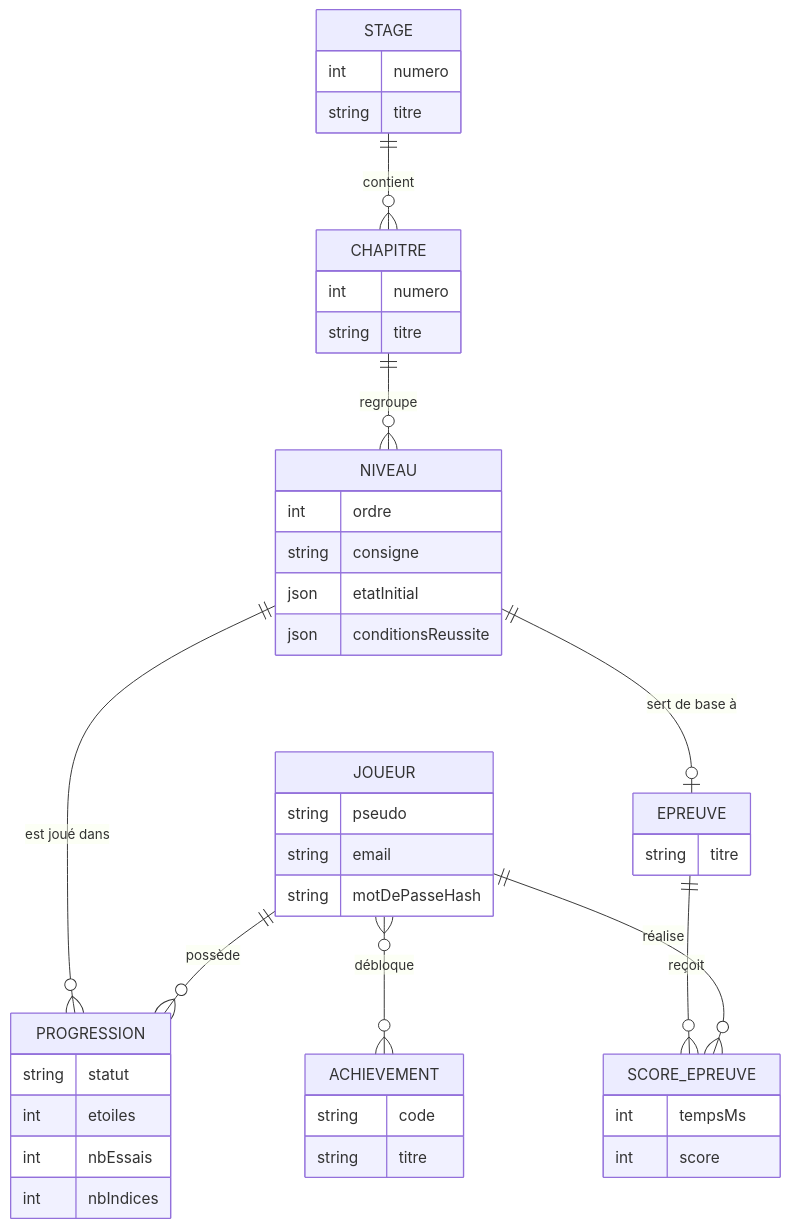
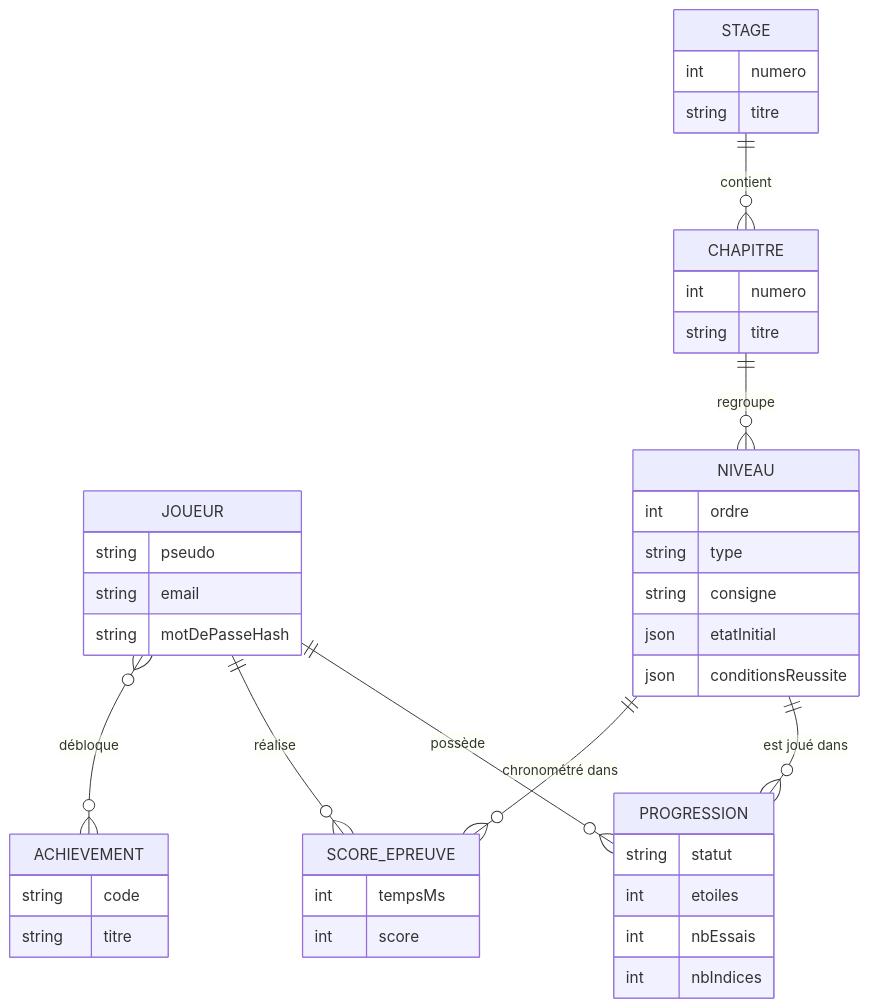
One commit to AndreLiar/coordinationBackFront changed the first of 2 diagrams in docs/modelisation/03-donnees.md. Above: the diagram before and after it, drawn with Mermaid. The commit also changed other lines of this file and 5 other files, not shown here.

````diff
--- a/docs/modelisation/03-donnees.md
+++ b/docs/modelisation/03-donnees.md
@@ -9,34 +9,33 @@
 ```mermaid
 erDiagram
     JOUEUR ||--o{ PROGRESSION : "possède"
     NIVEAU ||--o{ PROGRESSION : "est joué dans"
     STAGE  ||--o{ CHAPITRE : "contient"
     CHAPITRE ||--o{ NIVEAU : "regroupe"
     JOUEUR ||--o{ SCORE_EPREUVE : "réalise"
-    EPREUVE ||--o{ SCORE_EPREUVE : "reçoit"
-    NIVEAU ||--o| EPREUVE : "sert de base à"
+    NIVEAU ||--o{ SCORE_EPREUVE : "chronométré dans"
     JOUEUR }o--o{ ACHIEVEMENT : "débloque"
 
     JOUEUR {
         string pseudo
         string email
         string motDePasseHash
     }
     STAGE { int numero  string titre }
     CHAPITRE { int numero  string titre }
     NIVEAU {
         int ordre
+        string type
         string consigne
         json etatInitial
         json conditionsReussite
     }
     PROGRESSION {
         string statut
         int etoiles
         int nbEssais
         int nbIndices
     }
-    EPREUVE { string titre }
     SCORE_EPREUVE { int tempsMs  int score }
     ACHIEVEMENT { string code  string titre }
 ```
````
